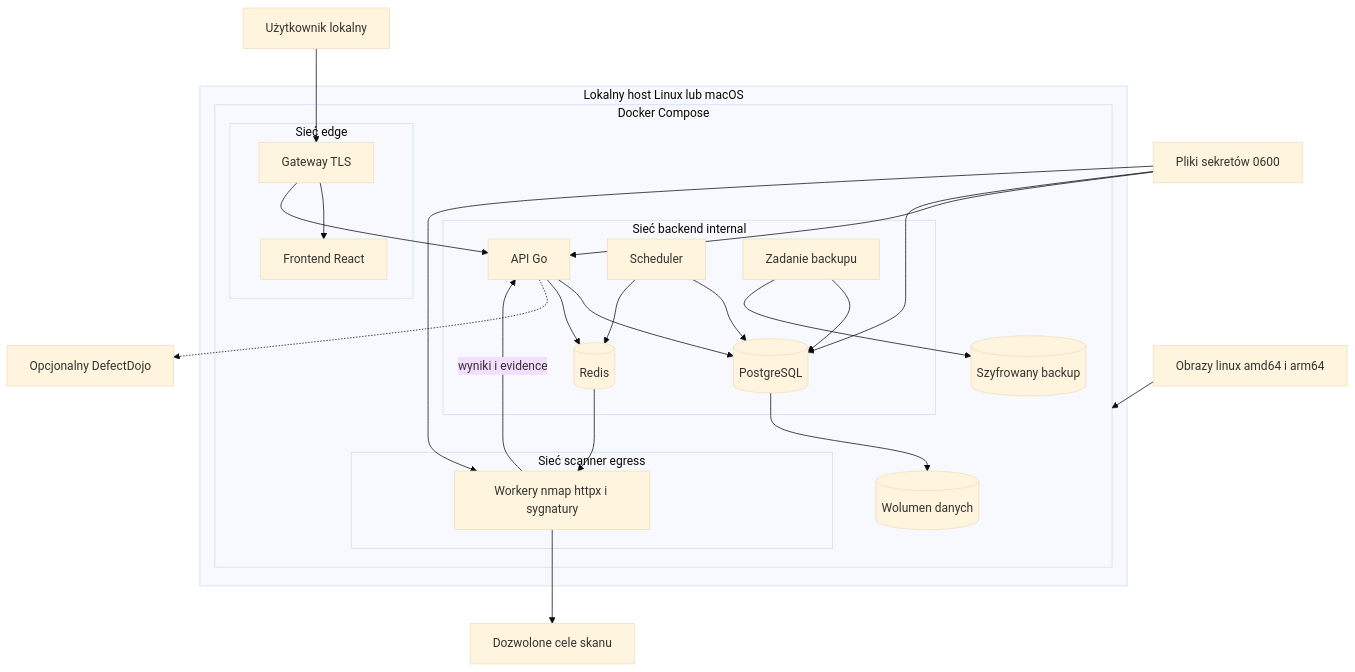
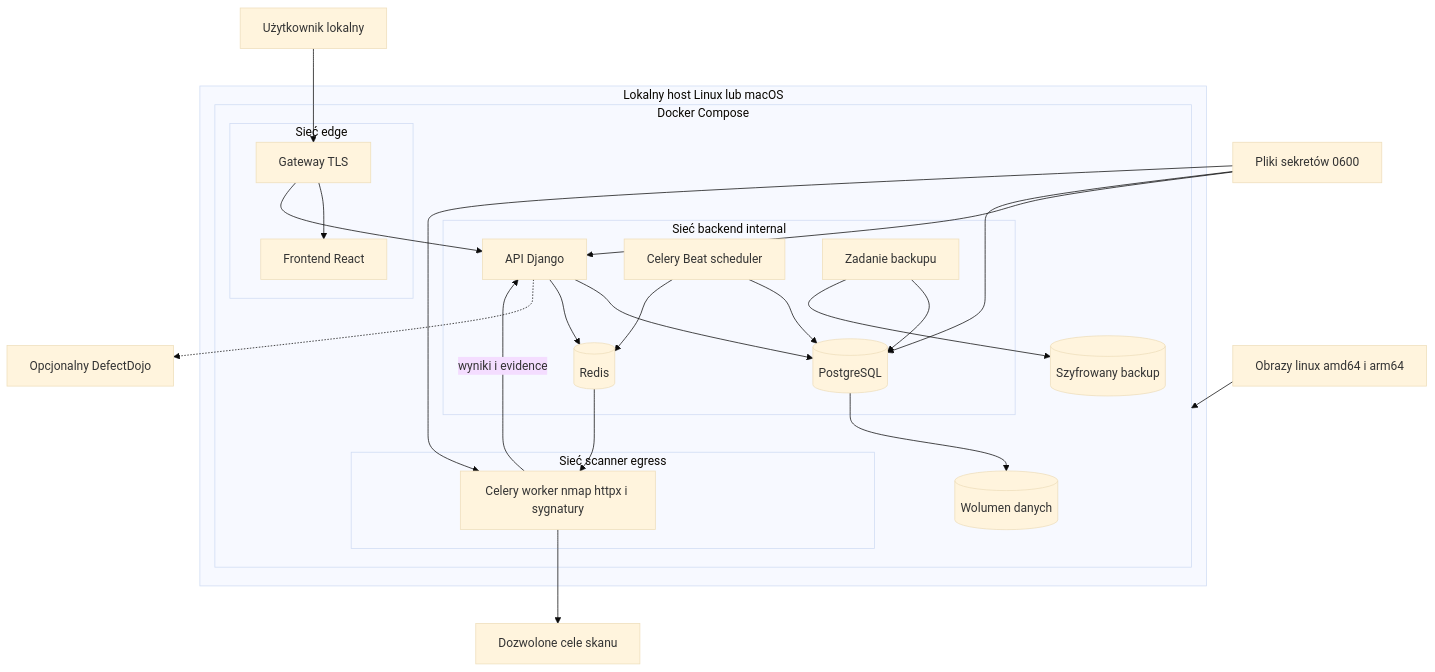
One commit to Maciejbe04/attack-surface-intelligence changed the diagram in docs/architecture.md. Above: the diagram before and after it, drawn with Mermaid (base theme). The commit also changed other lines of this file and 7 other files, not shown here.

````diff
--- a/docs/architecture.md
+++ b/docs/architecture.md
@@ -9,51 +9,51 @@
 ```mermaid
 flowchart TB
   User[Użytkownik lokalny]
   Targets[Dozwolone cele skanu]
   DefectDojo[Opcjonalny DefectDojo]
   SecretFiles[Pliki sekretów 0600]
   ImageManifest[Obrazy linux amd64 i arm64]
 
   subgraph localHost [Lokalny host Linux lub macOS]
     subgraph composeRuntime [Docker Compose]
       subgraph edgeNet [Sieć edge]
         Gateway[Gateway TLS]
         Web[Frontend React]
       end
 
       subgraph backendNet [Sieć backend internal]
-        API[API Go]
-        Scheduler[Scheduler]
+        API[API Django]
+        Scheduler[Celery Beat scheduler]
         Queue[(Redis)]
         Database[(PostgreSQL)]
         Backup[Zadanie backupu]
       end
 
       subgraph scannerNet [Sieć scanner egress]
-        Worker[Workery nmap httpx i sygnatury]
+        Worker[Celery worker nmap httpx i sygnatury]
       end
 
       DatabaseVolume[(Wolumen danych)]
       BackupVolume[(Szyfrowany backup)]
     end
   end
 
   User --> Gateway
   Gateway --> Web
   Gateway --> API
   API --> Database
   API --> Queue
   Scheduler --> Database
   Scheduler --> Queue
   Queue --> Worker
   Worker --> Targets
   Worker -->|"wyniki i evidence"| API
   Database --> DatabaseVolume
   Backup --> Database
   Backup --> BackupVolume
   API -.-> DefectDojo
   SecretFiles --> API
   SecretFiles --> Database
   SecretFiles --> Worker
   ImageManifest --> composeRuntime
 ```
````
